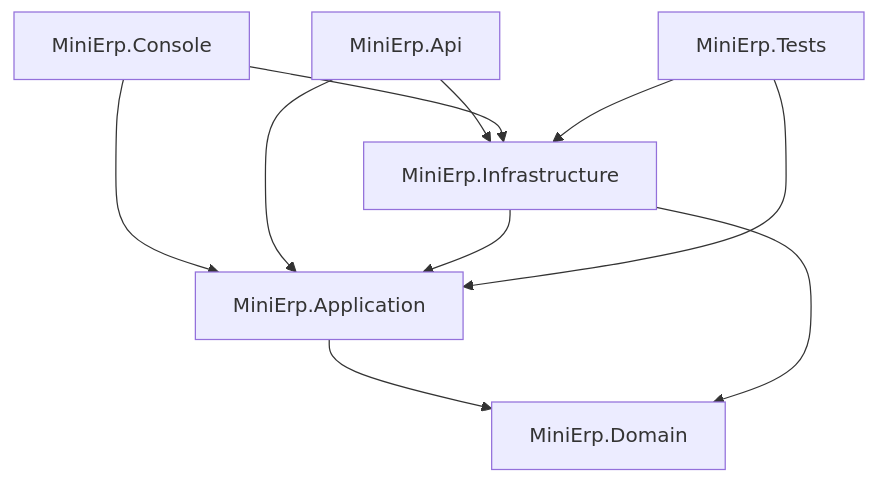
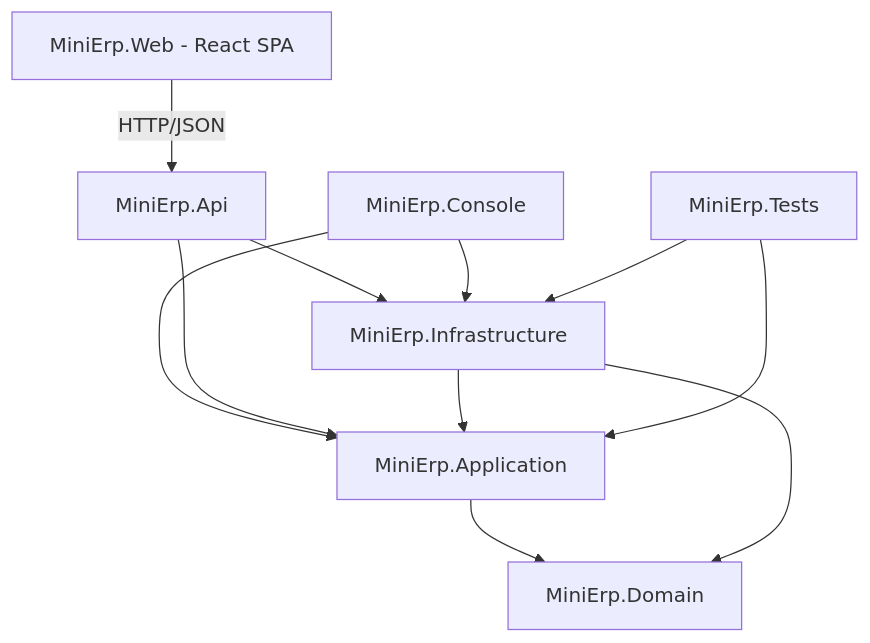
Before and after one commit to felipethiago21/mini-erp-csharp: the diagram in readme.MD, drawn with Mermaid. The commit also changed other lines of this file and 69 other files, not shown here.

````diff
--- a/readme.MD
+++ b/readme.MD
@@ -29,12 +30,13 @@
 ```mermaid
 graph TD
+    Web[MiniErp.Web - React SPA] -- HTTP/JSON --> Api[MiniErp.Api]
     Console[MiniErp.Console] --> Application
-    Api[MiniErp.Api] --> Application[MiniErp.Application]
+    Api --> Application[MiniErp.Application]
     Application --> Domain[MiniErp.Domain]
     Infrastructure[MiniErp.Infrastructure] --> Application
     Infrastructure --> Domain
     Api --> Infrastructure
     Console --> Infrastructure
     Tests[MiniErp.Tests] --> Application
     Tests --> Infrastructure
 ```
````
